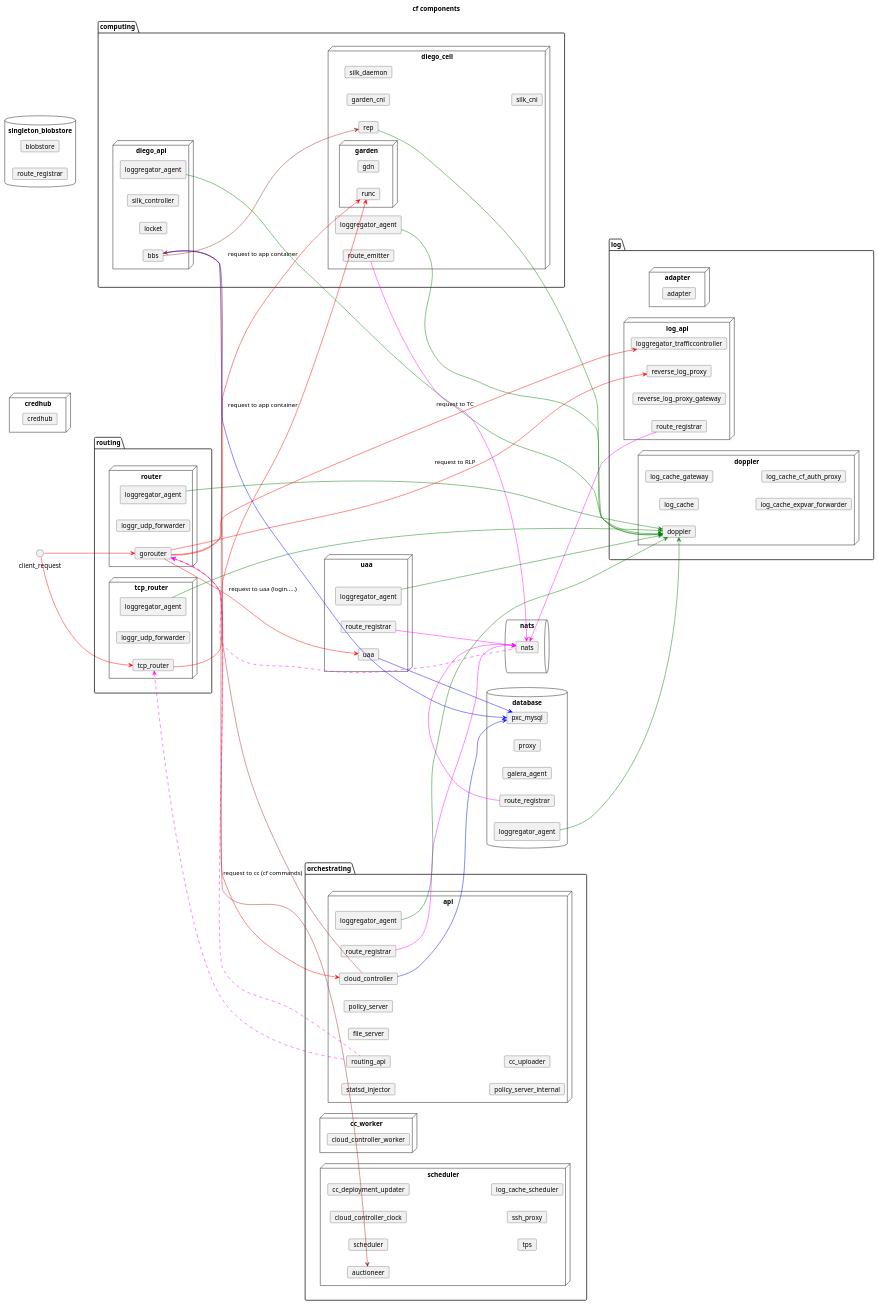
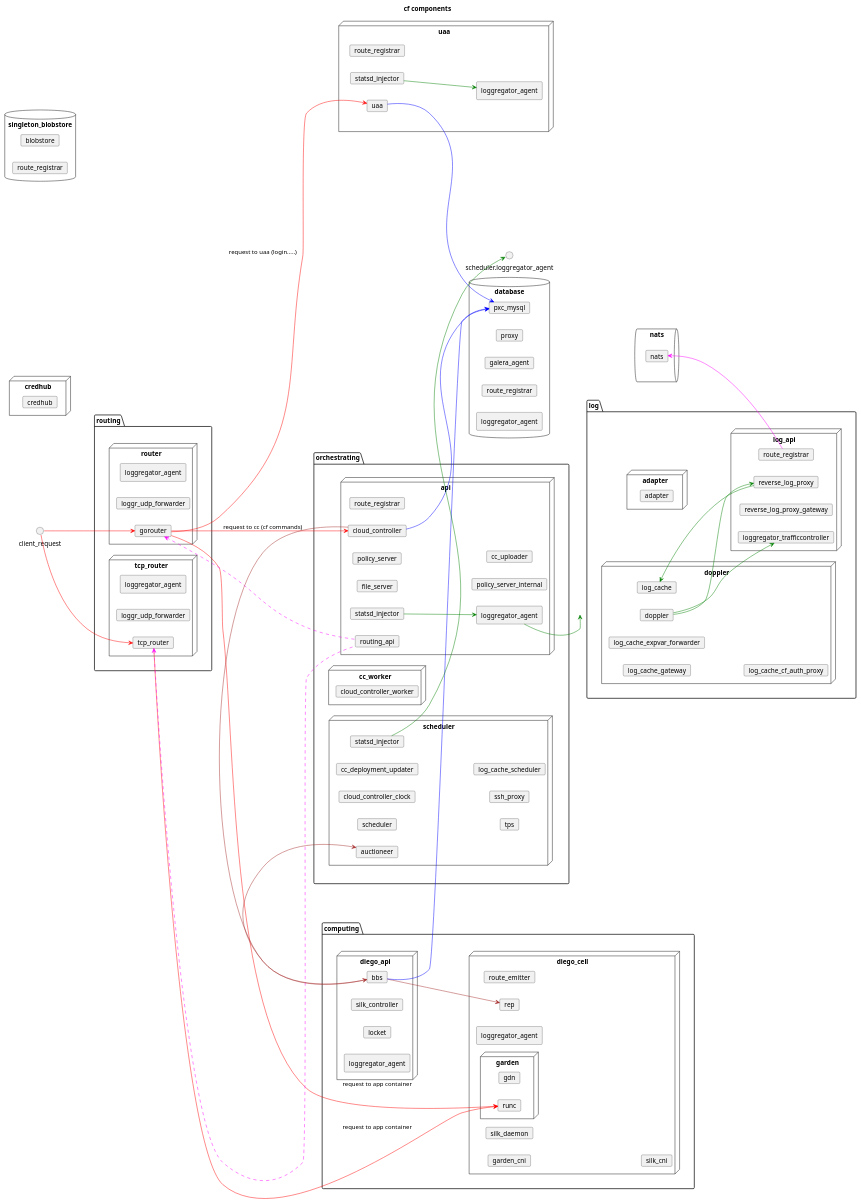
Before and after one commit to go-zen-chu/cf-components: the diagram in plantuml/components.pu, drawn with PlantUML.

```diff
--- a/plantuml/components.pu
+++ b/plantuml/components.pu
@@ -1,180 +1,173 @@
 @startuml
 
 title cf components
 left to right direction
 
 package routing {
     node router {
         card gorouter
         card loggr_udp_forwarder as router.loggr_udp_forwarder
         agent loggregator_agent as router.loggregator_agent
     }
     node tcp_router {
         card tcp_router as tcp_router.tcp_router
         card loggr_udp_forwarder as tcp_router.loggr_udp_forwarder
         agent loggregator_agent as tcp_router.loggregator_agent
     }
 }
 ' computing
 package computing {
     node diego_cell {
         node garden {
             card gdn
             card runc
         }
         card rep
         card route_emitter
         card garden_cni
         card silk_daemon
         card silk_cni
         agent loggregator_agent as diego_cell.loggregator_agent
     }
     node diego_api {
         card bbs
         card silk_controller
         card locket
         agent loggregator_agent as diego_api.loggregator_agent
     }
 
 }
 ' control
 package orchestrating {
     node api {
         card cloud_controller
         card route_registrar as api.route_registrar
-        card statsd_injector
+        card statsd_injector as api.statsd_injector
         card file_server
         card routing_api
         card policy_server
         card policy_server_internal
         card cc_uploader
         agent loggregator_agent as api.loggregator_agent
     }
     node cc_worker {
         card cloud_controller_worker
     }
     node scheduler {
         card scheduler as scheduler.scheduler
         card auctioneer
         card cloud_controller_clock
         card cc_deployment_updater
-        card statsd_injector
+        card statsd_injector as scheduler.statsd_injector
         card tps
         card ssh_proxy
         card log_cache_scheduler 
     }
 }
 ' IAM
 node uaa {
     card uaa as uaa.uaa
     card route_registrar as uaa.route_registrar
-    card statsd_injector
+    card statsd_injector as uaa.statsd_injector
     agent loggregator_agent as uaa.loggregator_agent
 }
 ' secret management
 node credhub {
     card credhub as credhub.credhub
 }
 ' queue
 queue nats {
     card nats as nats.nats
 }
 ' db
 database database as db {
     card pxc_mysql
     card proxy
     card galera_agent
     card route_registrar as database.route_registrar
     agent loggregator_agent as database.loggregator_agent
 }
 database singleton_blobstore {
     card blobstore
     card route_registrar
 }
 
 package log {
     node adapter {
         card adapter as adapter.adapter
     }
     node doppler {
         card doppler as doppler.doppler
         card log_cache
         card log_cache_gateway
         card log_cache_expvar_forwarder
         card route_registrar
         card log_cache_cf_auth_proxy
     }
     node log_api {
         card loggregator_trafficcontroller
         card reverse_log_proxy
         card reverse_log_proxy_gateway
         card route_registrar as log_api.route_registrar
     }
 }
 
 ' routing
 interface client_request
 client_request -[#red]down-> gorouter
 client_request -[#red]down-> tcp_router.tcp_router
 
 gorouter -[#red]down-> cloud_controller :  request to cc (cf commands)
 gorouter -[#red]down-> uaa.uaa : request to uaa (login.....)
 gorouter -[#red]down-> runc : request to app container
 tcp_router.tcp_router -[#red]down-> runc : request to app container
 gorouter -[#red]down-> loggregator_trafficcontroller : request to TC
 gorouter -[#red]down-> reverse_log_proxy : request to RLP
 
 route_emitter -[#magenta]down-> nats.nats
 uaa.route_registrar -[#magenta]down-> nats.nats
 api.route_registrar -[#magenta]down-> nats.nats
 log_api.route_registrar -[#magenta]up-> nats.nats
 database.route_registrar -[#magenta]down-> nats.nats
 nats.nats .[#magenta]up.> gorouter
 routing_api .[#magenta]up.> gorouter
 routing_api .[#magenta]up.> tcp_router.tcp_router
 
 ' computing
 cloud_controller -[#brown]down-> bbs
 bbs -[#brown]down-> auctioneer
 bbs -[#brown]down-> rep
 
 bbs -[#blue]down-> pxc_mysql
 cloud_controller -[#blue]down-> pxc_mysql
 uaa.uaa -[#blue]down-> pxc_mysql
 
 'log
+api.statsd_injector -[#green]down-> api.loggregator_agent
+scheduler.statsd_injector -[#green]down-> scheduler.loggregator_agent
+uaa.statsd_injector -[#green]down-> uaa.loggregator_agent
+
 rep -[#green]down-> doppler.doppler
 router.loggregator_agent -[#green]down-> doppler.doppler
 tcp_router.loggregator_agent -[#green]down-> doppler.doppler
 diego_api.loggregator_agent -[#green]down-> doppler.doppler
 diego_cell.loggregator_agent -[#green]down-> doppler.doppler
 uaa.loggregator_agent -[#green]down-> doppler.doppler
 api.loggregator_agent -[#green]down-> doppler.doppler
 database.loggregator_agent -[#green]down-> doppler.doppler
+
+doppler.doppler -[#green]down-> reverse_log_proxy
+reverse_log_proxy -[#green]down-> log_cache
+doppler.doppler -[#green]down-> loggregator_trafficcontroller
 
 
 ' layout
 client_request -[hidden]down-> routing
 routing -[hidden]down-> computing
 routing -[hidden]down-> uaa
 routing -[hidden]down-> orchestrating
 routing -[hidden]down-> log
 computing -[hidden]down-> orchestrating
 computing -[hidden]down-> nats
 
-' router -[hidden]down-> tcp_router
-' api -[hidden]down-> cc_worker
-' cc_worker -[hidden]down-> scheduler
-' router -[hidden]right-> diego_cell
-' router -[hidden]right-> api
-' router -[hidden]right-> uaa
-
-' diego_cell -[hidden]down-> api
-' api -[hidden]down-> cc_worker
-' cc_worker -[hidden]down-> uaa
-
-' diego_cell -[hidden]right-> database
-' api -[hidden]right-> database
-'uaa -[hidden]right-> database
-
 @enduml
```
